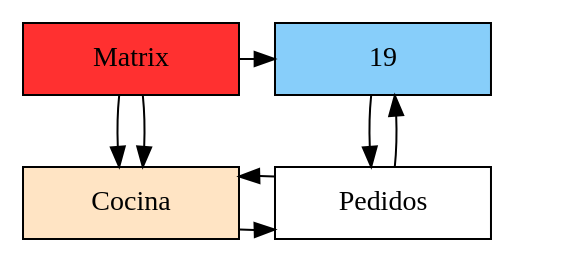
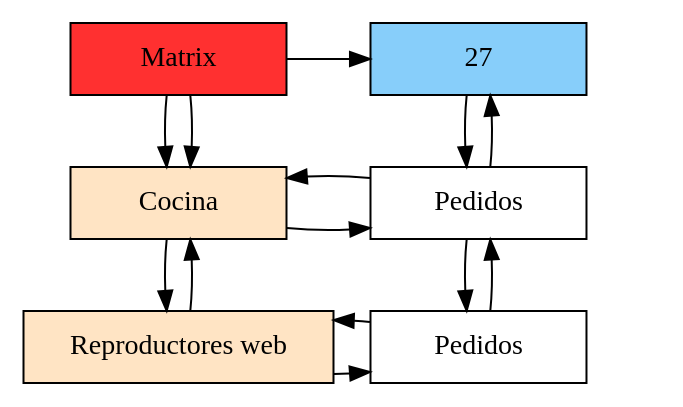
Before and after one commit to JOSE6755/EDD_FASE2: the diagram in Proyecto1EDD/Alcaraz y Chapa-4-2021.dot, drawn with Graphviz. The commit also changed 88 other files, not shown here.

```diff
--- a/Proyecto1EDD/Alcaraz y Chapa-4-2021.dot
+++ b/Proyecto1EDD/Alcaraz y Chapa-4-2021.dot
@@ -1,19 +1,28 @@
 digraph Sparce_Matrix {
 node [shape=box]
 MT[label="Matrix",width=1.5,style=filled,fillcolor=firebrick1,group=1];
 e0[ shape = point, width = 0 ];
 e1[ shape = point, width = 0 ];
 V0[label="Cocina"width = 1.5 style = filled, fillcolor = bisque1, group = 1];
+V1[label="Reproductores web"width = 1.5 style = filled, fillcolor = bisque1, group = 1];
+V0-> V1
+V1-> V0
 MT->V0
-H0[label="19"width = 1.5 style = filled, fillcolor = lightskyblue, group =2];
+H0[label="27"width = 1.5 style = filled, fillcolor = lightskyblue, group =2];
 MT->V0
 MT->H0
 {rank=same; MT;H0;}
-"0xc00013fb90"[label="Pedidos" width=1.5,group=2];
-V0->"0xc00013fb90"
-"0xc00013fb90"->V0
-{rank=same V0;"0xc00013fb90";}
-H0->"0xc00013fb90"
-"0xc00013fb90"->H0
+"0xc000172240"[label="Pedidos" width=1.5,group=2];
+"0xc000172750"[label="Pedidos" width=1.5,group=2];
+V0->"0xc000172240"
+"0xc000172240"->V0
+{rank=same V0;"0xc000172240";}
+V1->"0xc000172750"
+"0xc000172750"->V1
+{rank=same V1;"0xc000172750";}
+H0->"0xc000172240"
+"0xc000172240"->H0
+"0xc000172240"->"0xc000172750"
+"0xc000172750"->"0xc000172240"
 
 }
```
